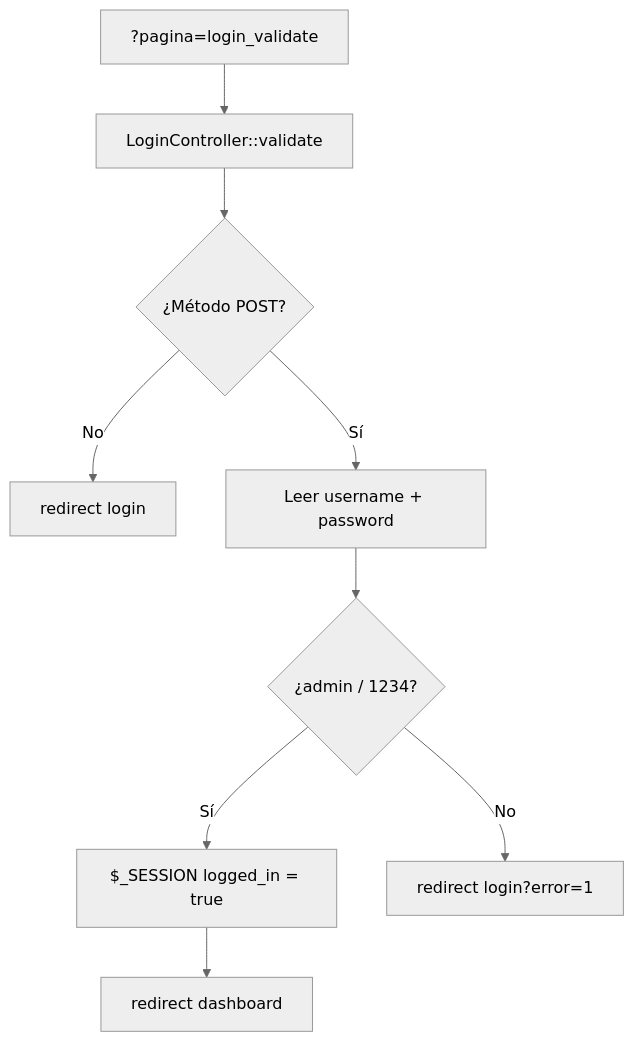
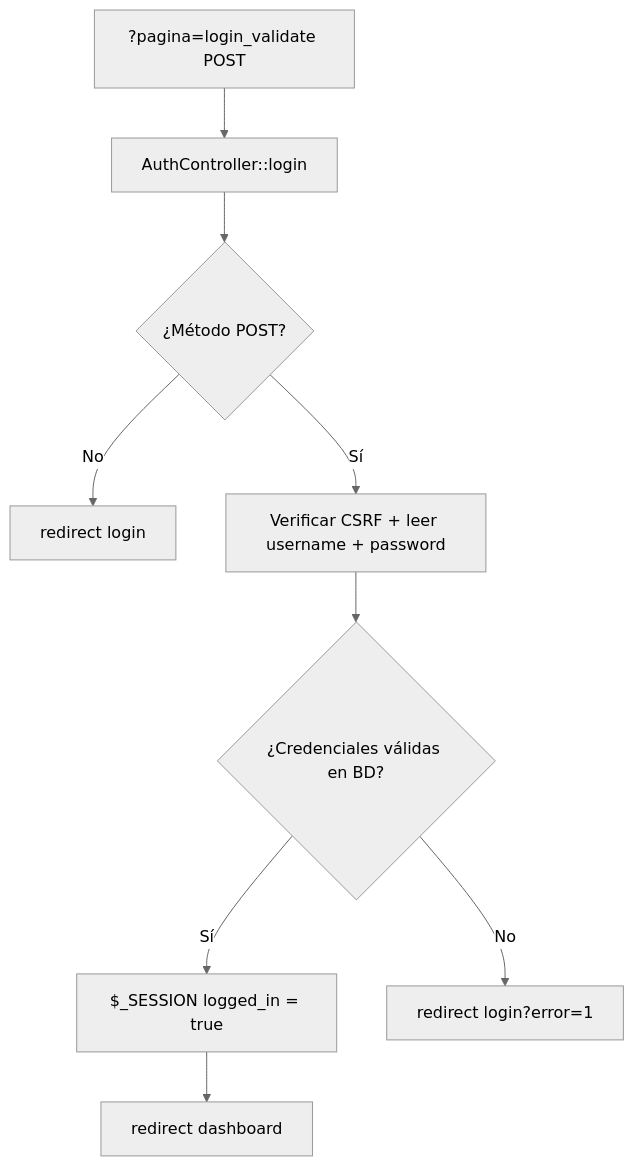
The third of 3 diagrams in docs/Fases del diseño de la base de datos/diagrama-de-clases.md (Carlos-paez/EIS_Zona_Web_Lara), drawn with Mermaid (neutral theme) before and after one commit. The commit also changed other lines of this file and 40 other files, not shown here.

````diff
--- a/docs/Fases del diseño de la base de datos/diagrama-de-clases.md
+++ b/docs/Fases del diseño de la base de datos/diagrama-de-clases.md
@@ -268,11 +268,11 @@
 ```mermaid
 flowchart TD
-    A[?pagina=login_validate] --> B[LoginController::validate]
+    A[?pagina=login_validate POST] --> B[AuthController::login]
     B --> C{¿Método POST?}
     C -->|No| D[redirect login]
-    C -->|Sí| E[Leer username + password]
-    E --> F{¿admin / 1234?}
+    C -->|Sí| E[Verificar CSRF + leer username + password]
+    E --> F{¿Credenciales válidas en BD?}
     F -->|Sí| G[$_SESSION logged_in = true]
     G --> H[redirect dashboard]
     F -->|No| I[redirect login?error=1]
 ```
````
